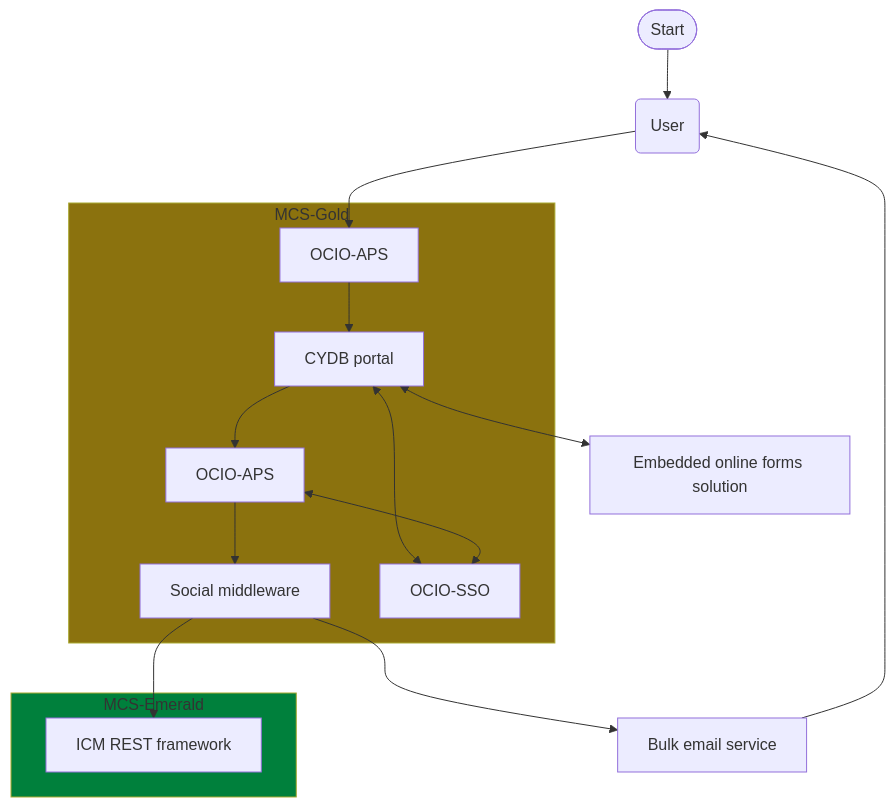
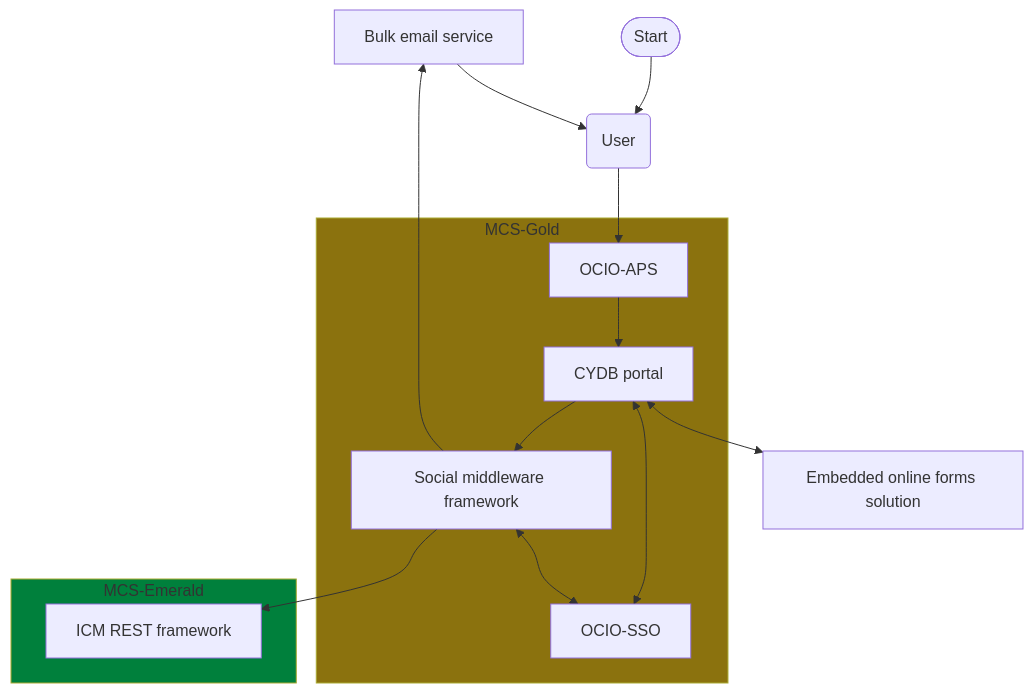
Before and after one commit to bcgov/cydb-portal: the diagram in docs/design/architecture.md, drawn with Mermaid. The commit also changed other lines of this file, not shown here.

Commit message:
Simplify arch diagram

````diff
--- a/docs/design/architecture.md
+++ b/docs/design/architecture.md
@@ -1,43 +1,40 @@
 ```mermaid
 flowchart TD
+    email[Bulk email service]
     start([Start])
     user(User)
     portal[CYDB portal]
-    middle[Social middleware]
+    middle[Social middleware framework]
+    portalProxy[OCIO-APS]
     idBroker[OCIO-SSO]
-    portalProxy[OCIO-APS]
-    socialProxy[OCIO-APS]
     icm[ICM REST framework]
     forms[Embedded online forms solution]
-    email[Bulk email service]
 
 start-->user
+
 user-->portalProxy
 portalProxy-->portal
 
-portal-->socialProxy
+portal-->middle
 portal<-->idBroker
 portal<-->forms
 
 middle-->email
+middle<-->idBroker
+middle-->icm
+
 email-->user
-
-socialProxy<-->idBroker
-socialProxy-->middle
-
-middle-->icm
 
 subgraph mcsGold["MCS-Gold"]
     style mcsGold fill:#8B720E
     portalProxy
-    socialProxy
     idBroker
     portal
     middle
 end
 
 subgraph mcsEmerald["MCS-Emerald"]
     style mcsEmerald fill:#00803C
     icm
 end
 ```
````
